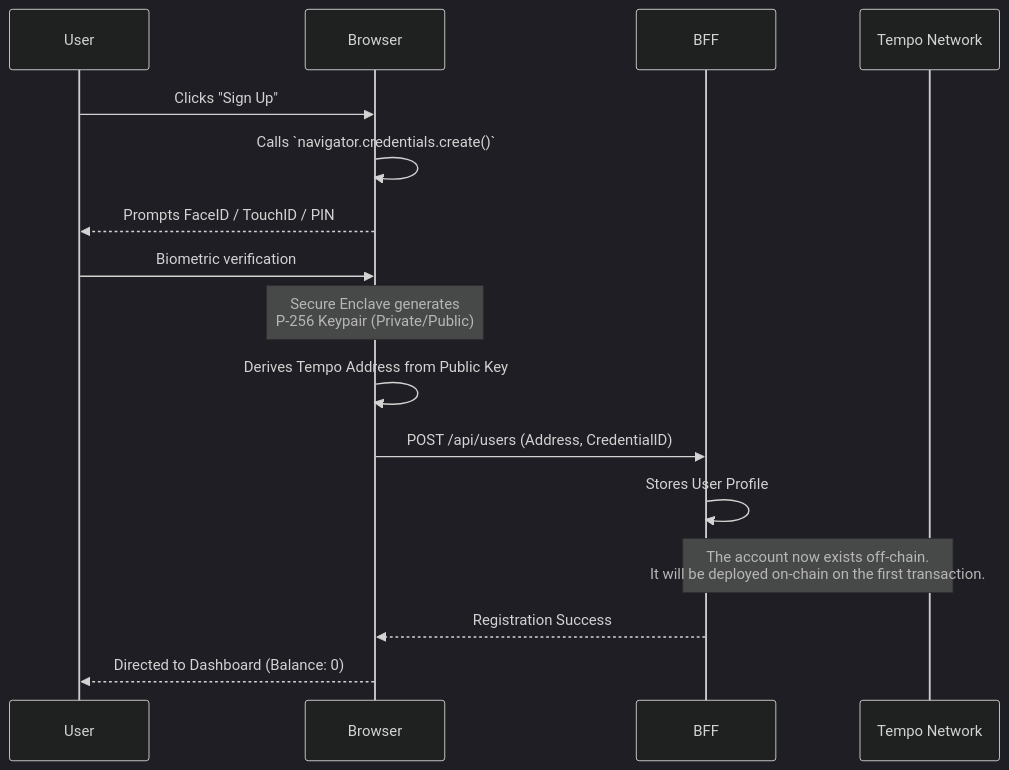
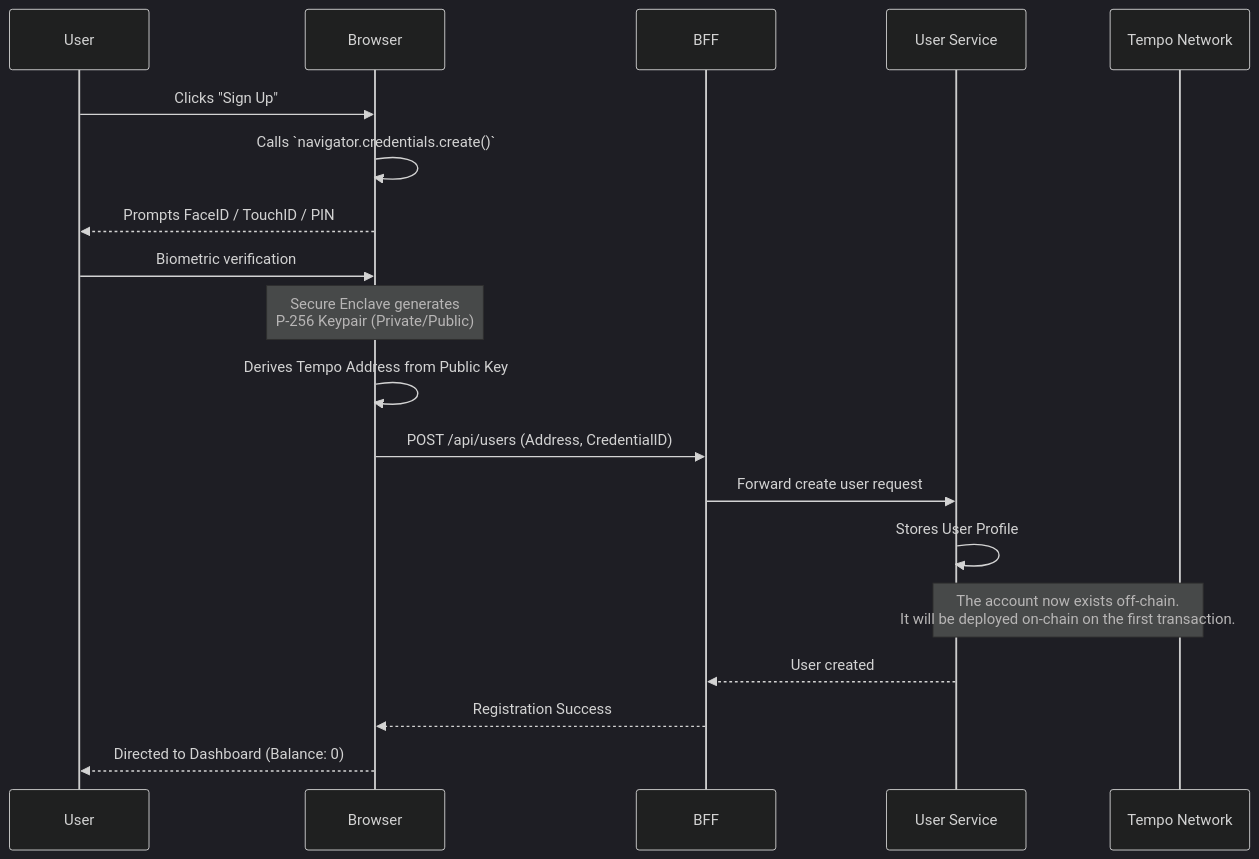
Before and after one commit to balnoumair/web-3-bank: the first of 3 diagrams in architecture/authentication.md, drawn with Mermaid (dark theme). The commit also changed other lines of this file and 18 other files, not shown here.

First line of the commit message:
Architecture consolidation: service boundaries, hot path relay, and implementation tasks (#1)

````diff
--- a/architecture/authentication.md
+++ b/architecture/authentication.md
@@ -30,19 +30,22 @@
 ```mermaid
 sequenceDiagram
     participant User
     participant Browser
     participant BFF
+    participant User Service
     participant Tempo Network
 
     User->>Browser: Clicks "Sign Up"
     Browser->>Browser: Calls `navigator.credentials.create()`
     Browser-->>User: Prompts FaceID / TouchID / PIN
     User->>Browser: Biometric verification
     Note over Browser: Secure Enclave generates<br>P-256 Keypair (Private/Public)
     Browser->>Browser: Derives Tempo Address from Public Key
     Browser->>BFF: POST /api/users (Address, CredentialID)
-    BFF->>BFF: Stores User Profile
-    Note over BFF, Tempo Network: The account now exists off-chain.<br>It will be deployed on-chain on the first transaction.
+    BFF->>User Service: Forward create user request
+    User Service->>User Service: Stores User Profile
+    Note over User Service, Tempo Network: The account now exists off-chain.<br>It will be deployed on-chain on the first transaction.
+    User Service-->>BFF: User created
     BFF-->>Browser: Registration Success
     Browser-->>User: Directed to Dashboard (Balance: 0)
 ```
````
